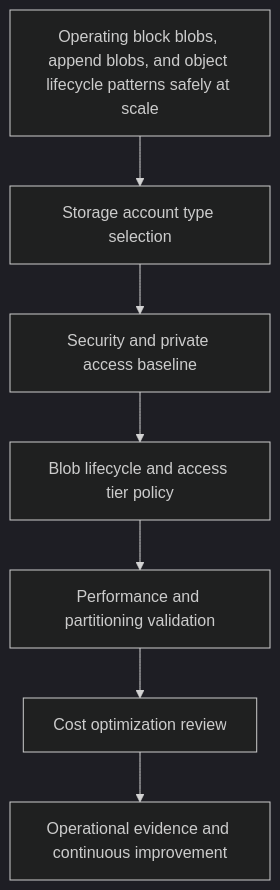
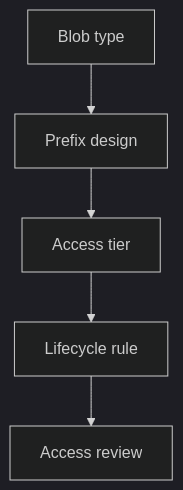
One commit to yeongseon/azure-storage-practical-guide changed the diagram in docs/best-practices/blob-best-practices.md. Above: the diagram before and after it, drawn with Mermaid (dark theme). The commit also changed other lines of this file and 90 other files, not shown here.

````diff
--- a/docs/best-practices/blob-best-practices.md
+++ b/docs/best-practices/blob-best-practices.md
@@ -32,9 +30,12 @@
 ```mermaid
 flowchart TD
-    A[Operating block blobs, append blobs, and object lifecycle patterns safely at scale] --> B[Storage account type selection]
-    B --> C[Security and private access baseline]
-    C --> D[Blob lifecycle and access tier policy]
-    D --> E[Performance and partitioning validation]
-    E --> F[Cost optimization review]
-    F --> G[Operational evidence and continuous improvement]
+    A[Blob type]
+    B[Prefix design]
+    A --> B
+    C[Access tier]
+    B --> C
+    D[Lifecycle rule]
+    C --> D
+    E[Access review]
+    D --> E
 ```
````
